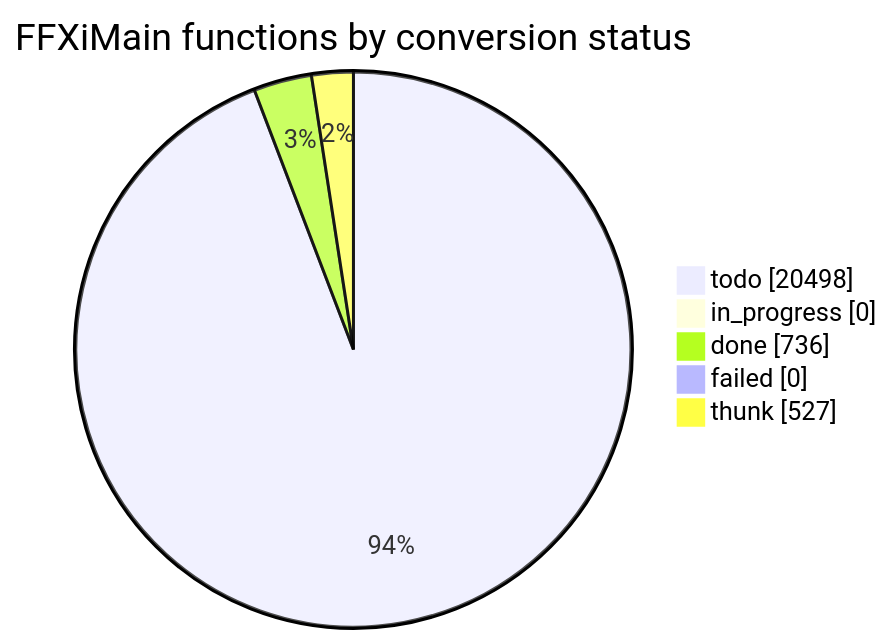
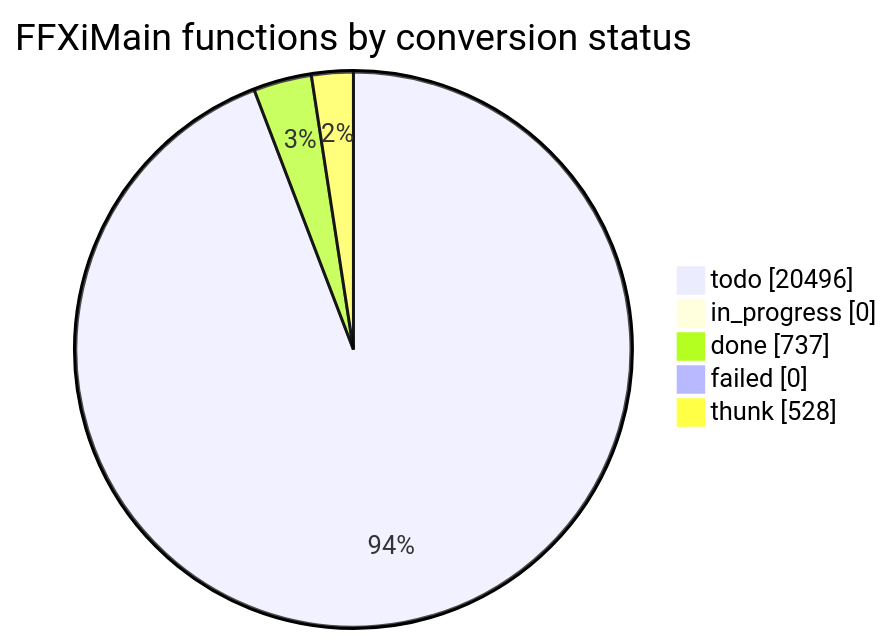
The diagram in docs/cow/STATUS.md (cowrevenge/cow_kuluu_xi_anything), drawn with Mermaid before and after one commit. The commit also changed other lines of this file and 9 other files, not shown here.

````diff
--- a/docs/cow/STATUS.md
+++ b/docs/cow/STATUS.md
@@ -18,9 +18,9 @@
 ```mermaid
 pie showData
     title FFXiMain functions by conversion status
-    "todo" : 20498
+    "todo" : 20496
     "in_progress" : 0
-    "done" : 736
+    "done" : 737
     "failed" : 0
-    "thunk" : 527
+    "thunk" : 528
 ```
````
